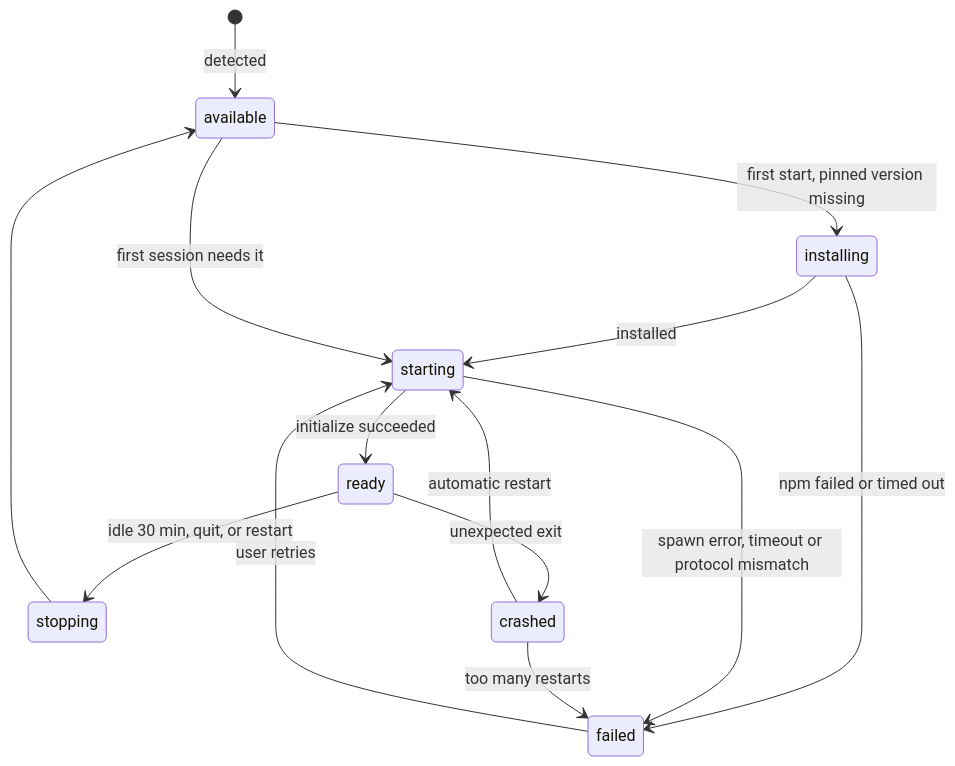
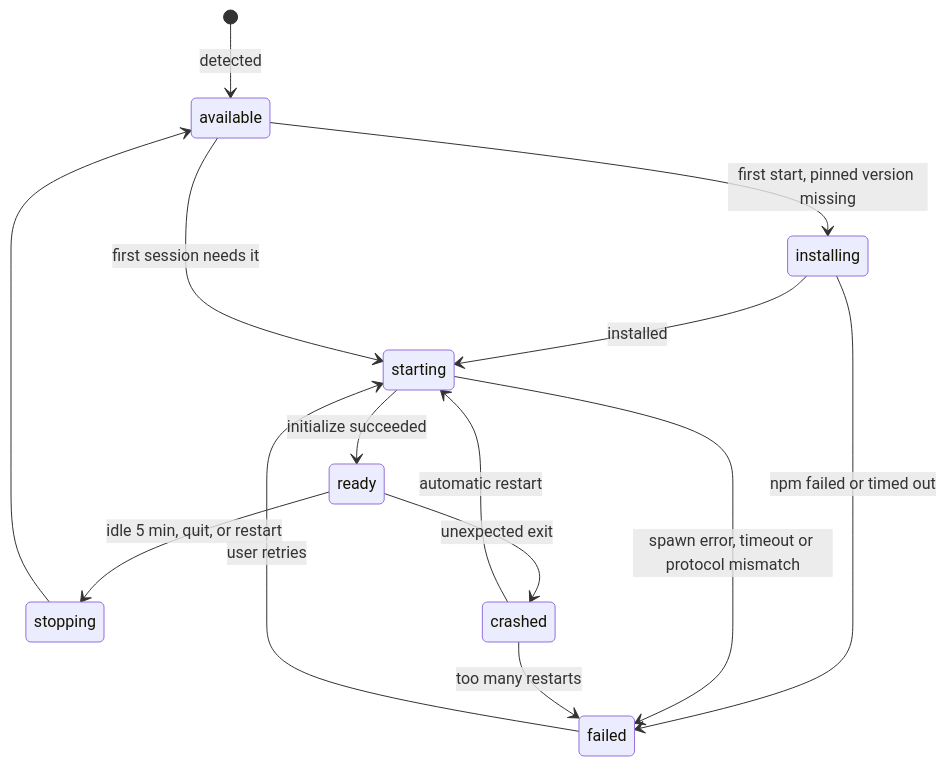
Before and after one commit to KettuAI/Kettu: the diagram in docs/design/agent-host.md, drawn with Mermaid. The commit also changed other lines of this file and 11 other files, not shown here.

````diff
--- a/docs/design/agent-host.md
+++ b/docs/design/agent-host.md
@@ -166,16 +166,16 @@
 ```mermaid
 stateDiagram-v2
   [*] --> available: detected
   available --> installing: first start, pinned version missing
   installing --> starting: installed
   installing --> failed: npm failed or timed out
   available --> starting: first session needs it
   starting --> ready: initialize succeeded
   starting --> failed: spawn error, timeout or protocol mismatch
-  ready --> stopping: idle 30 min, quit, or restart
+  ready --> stopping: idle 5 min, quit, or restart
   ready --> crashed: unexpected exit
   crashed --> starting: automatic restart
   crashed --> failed: too many restarts
   stopping --> available
   failed --> starting: user retries
 ```
````
